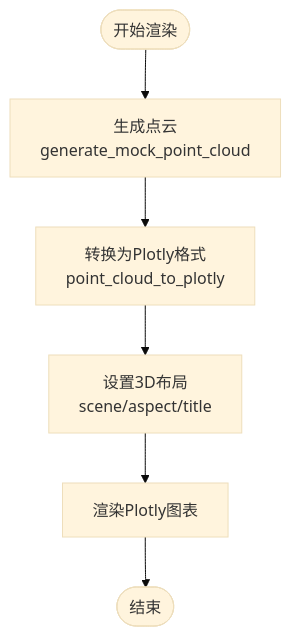
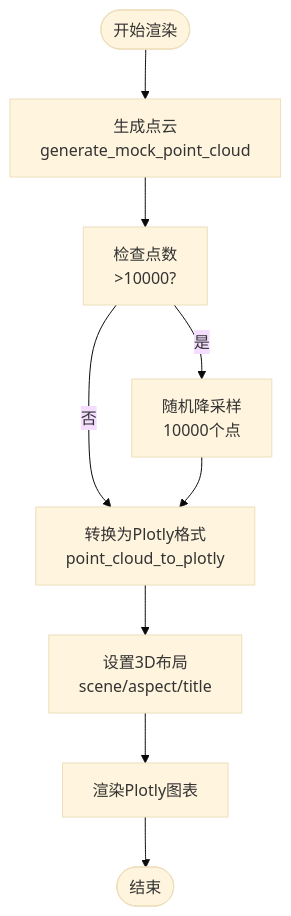
One commit to nanfeng2021/fall-detection-system changed the fourth of 9 diagrams in .qoder/repowiki/zh/content/Web界面系统.md. Above: the diagram before and after it, drawn with Mermaid (base theme). The commit also changed other lines of this file and 16 other files, not shown here.

````diff
--- a/.qoder/repowiki/zh/content/Web界面系统.md
+++ b/.qoder/repowiki/zh/content/Web界面系统.md
@@ -199,8 +342,11 @@
 ```mermaid
 flowchart TD
 Start(["开始渲染"]) --> Gen["生成点云<br/>generate_mock_point_cloud"]
-Gen --> Convert["转换为Plotly格式<br/>point_cloud_to_plotly"]
+Gen --> Check["检查点数<br/>>10000?"]
+Check --> |是| Downsample["随机降采样<br/>10000个点"]
+Check --> |否| Convert["转换为Plotly格式<br/>point_cloud_to_plotly"]
+Downsample --> Convert
 Convert --> Layout["设置3D布局<br/>scene/aspect/title"]
 Layout --> Render["渲染Plotly图表"]
 Render --> End(["结束"])
 ```
````
